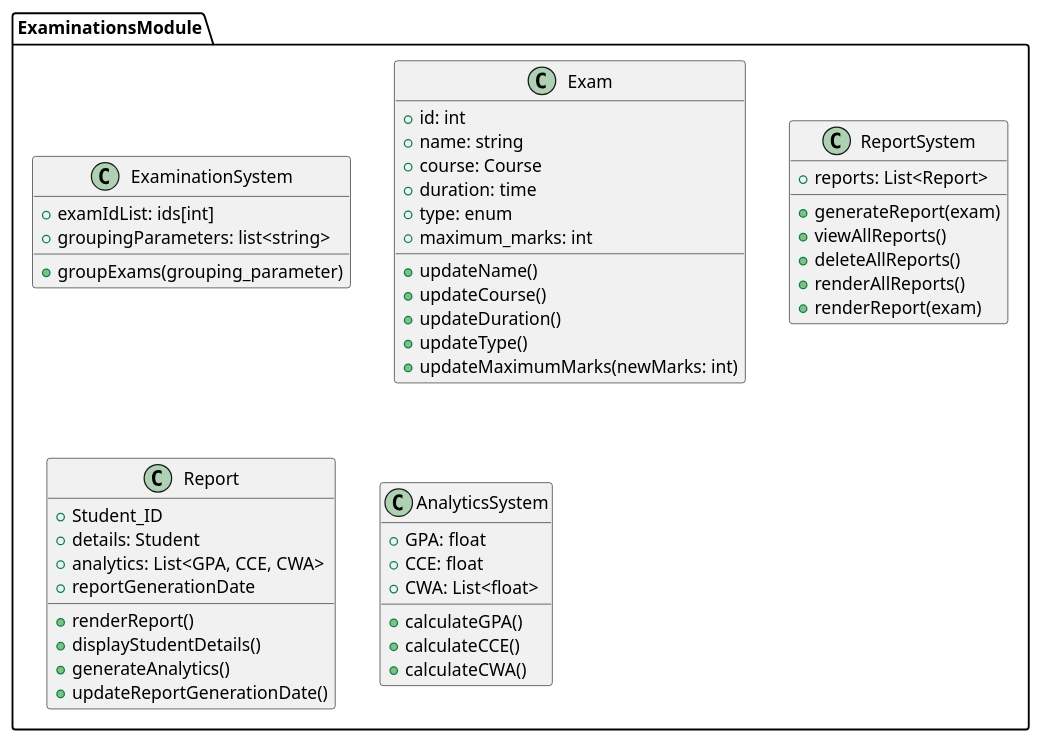
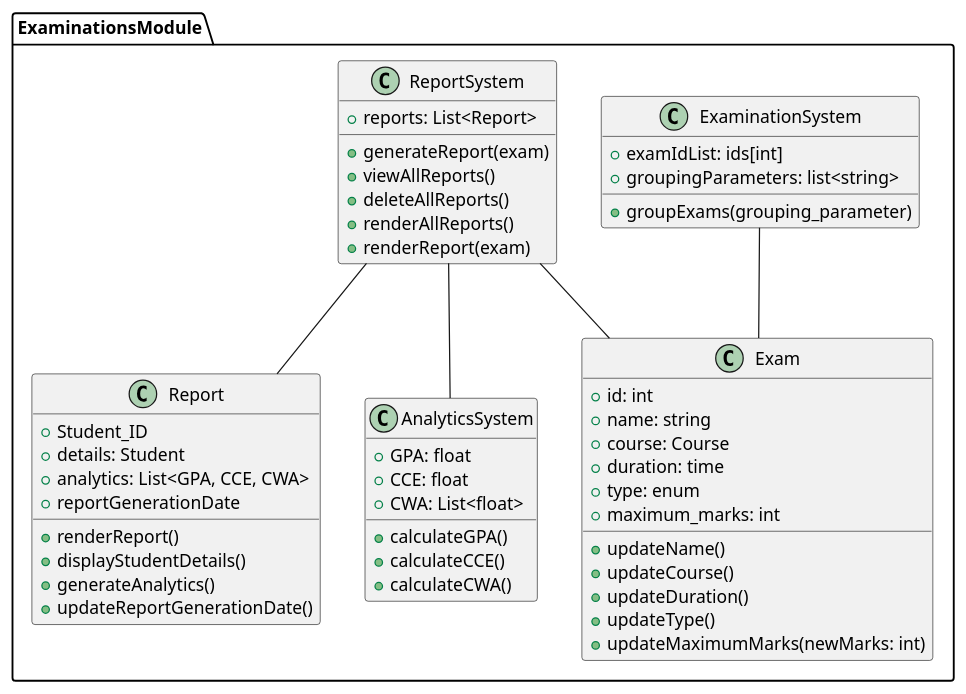
The diagram in examinations.plantuml (anshium/DASS-Assignment-3-IMS-System-Design), drawn with PlantUML before and after one commit.

Commit message:
modify examinations

```diff
--- a/examinations.plantuml
+++ b/examinations.plantuml
@@ -1,59 +1,64 @@
 @startuml examinations
 package ExaminationsModule {
 	class ExaminationSystem {
 		+ examIdList: ids[int]
 		+ groupingParameters: list<string>
 		+ groupExams(grouping_parameter)
 	}
 
 	class Exam {
 		+ id: int
 		+ name: string
 		' Use the course class
 		+ course: Course
 		+ duration: time
 		+ type: enum
 		+ maximum_marks: int
 
 		+ updateName()
 		+ updateCourse()
 		+ updateDuration()
 		+ updateType()
 		+ updateMaximumMarks(newMarks: int)
 	}
 
 	class ReportSystem {
 		+ reports: List<Report>
 
 
 		+ generateReport(exam)
 		+ viewAllReports()
 		+ deleteAllReports()
 		+ renderAllReports()
 		+ renderReport(exam)
 	}
 
 	class Report {
 		+ Student_ID
 		+ details: Student
 		+ analytics: List<GPA, CCE, CWA>
 		+ reportGenerationDate
 
 		'Would get the details via student ID'
 		+ renderReport()
 		+ displayStudentDetails()
 		+ generateAnalytics()
 		+ updateReportGenerationDate()
 	}
 
 	class AnalyticsSystem {
 		+ GPA: float 
 		+ CCE: float
 		+ CWA: List<float>
 
 		+ calculateGPA()
 		+ calculateCCE()
 		+ calculateCWA()
 	}
+
+	ExaminationSystem -- Exam
+	ReportSystem -- Report
+	ReportSystem -- AnalyticsSystem
+	ReportSystem -- Exam
 }
 @enduml
```
